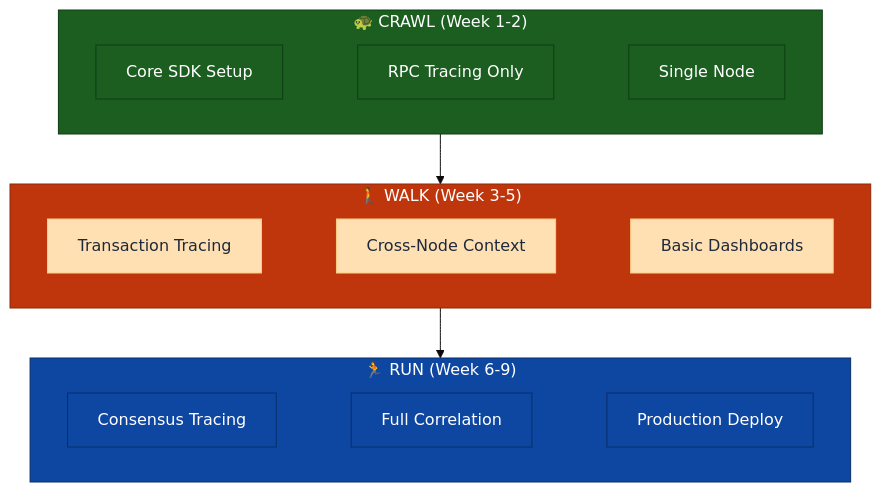
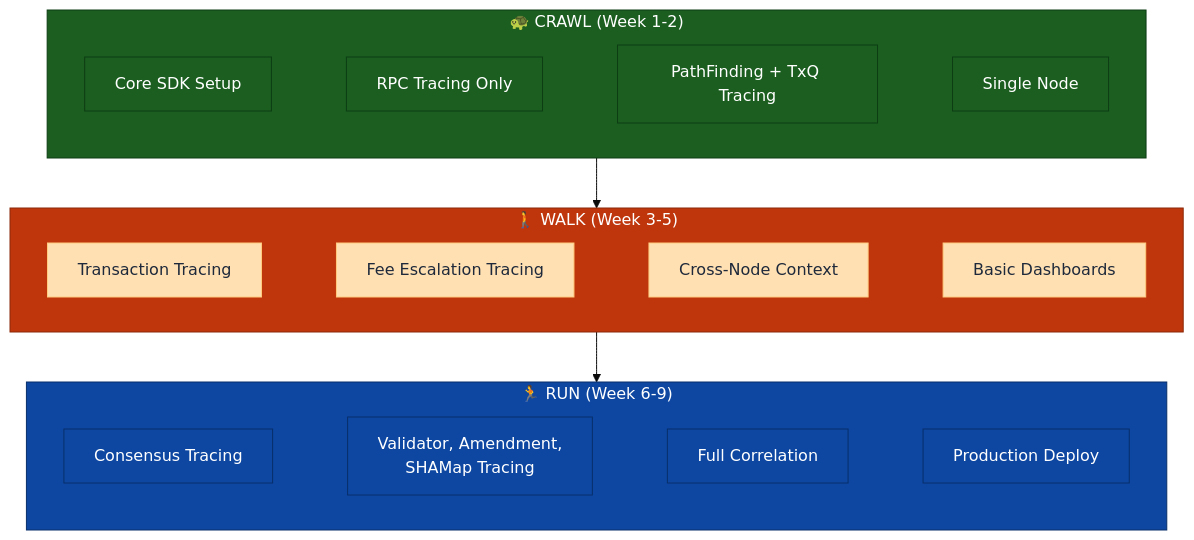
The third of 5 diagrams in OpenTelemetryPlan/06-implementation-phases.md (XRPLF/rippled), drawn with Mermaid (base theme) before and after one commit. The commit also changed other lines of this file and 12 other files, not shown here.

````diff
--- a/OpenTelemetryPlan/06-implementation-phases.md
+++ b/OpenTelemetryPlan/06-implementation-phases.md
@@ -246,32 +271,35 @@
 ```mermaid
 flowchart TB
     subgraph crawl["🐢 CRAWL (Week 1-2)"]
         direction LR
-        c1[Core SDK Setup] ~~~ c2[RPC Tracing Only] ~~~ c3[Single Node]
+        c1[Core SDK Setup] ~~~ c2[RPC Tracing Only] ~~~ c3[PathFinding + TxQ Tracing] ~~~ c4[Single Node]
     end
 
     subgraph walk["🚶 WALK (Week 3-5)"]
         direction LR
-        w1[Transaction Tracing] ~~~ w2[Cross-Node Context] ~~~ w3[Basic Dashboards]
+        w1[Transaction Tracing] ~~~ w2[Fee Escalation Tracing] ~~~ w3[Cross-Node Context] ~~~ w4[Basic Dashboards]
     end
 
     subgraph run["🏃 RUN (Week 6-9)"]
         direction LR
-        r1[Consensus Tracing] ~~~ r2[Full Correlation] ~~~ r3[Production Deploy]
+        r1[Consensus Tracing] ~~~ r2[Validator, Amendment,<br/>SHAMap Tracing] ~~~ r3[Full Correlation] ~~~ r4[Production Deploy]
     end
 
     crawl --> walk --> run
 
     style crawl fill:#1b5e20,stroke:#0d3d14,color:#fff
     style walk fill:#bf360c,stroke:#8c2809,color:#fff
     style run fill:#0d47a1,stroke:#082f6a,color:#fff
     style c1 fill:#1b5e20,stroke:#0d3d14,color:#fff
     style c2 fill:#1b5e20,stroke:#0d3d14,color:#fff
     style c3 fill:#1b5e20,stroke:#0d3d14,color:#fff
+    style c4 fill:#1b5e20,stroke:#0d3d14,color:#fff
     style w1 fill:#ffe0b2,stroke:#ffcc80,color:#1e293b
     style w2 fill:#ffe0b2,stroke:#ffcc80,color:#1e293b
     style w3 fill:#ffe0b2,stroke:#ffcc80,color:#1e293b
+    style w4 fill:#ffe0b2,stroke:#ffcc80,color:#1e293b
     style r1 fill:#0d47a1,stroke:#082f6a,color:#fff
     style r2 fill:#0d47a1,stroke:#082f6a,color:#fff
     style r3 fill:#0d47a1,stroke:#082f6a,color:#fff
+    style r4 fill:#0d47a1,stroke:#082f6a,color:#fff
 ```
````
